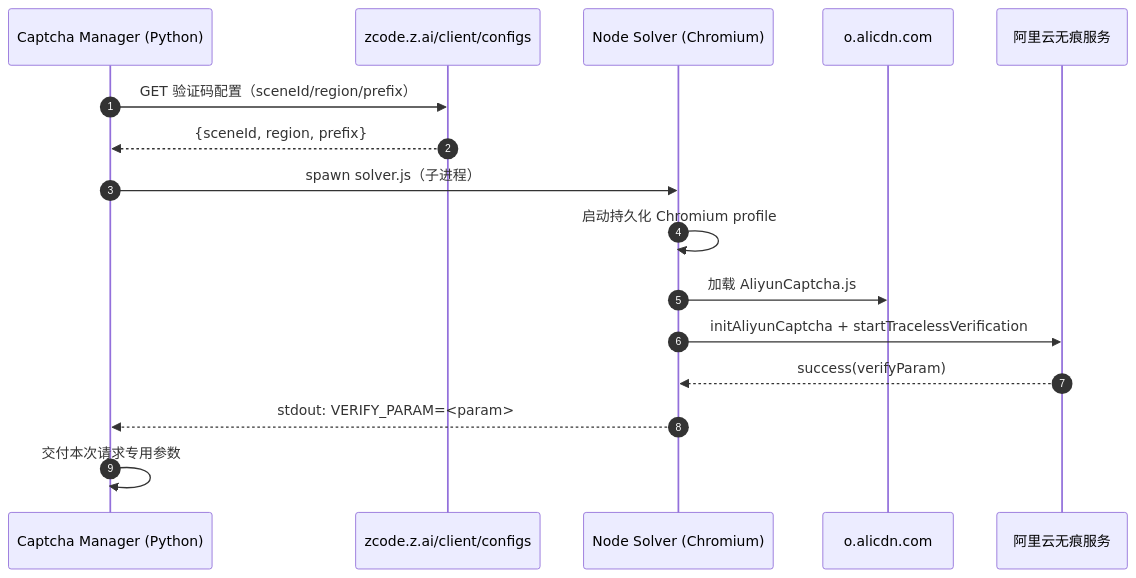
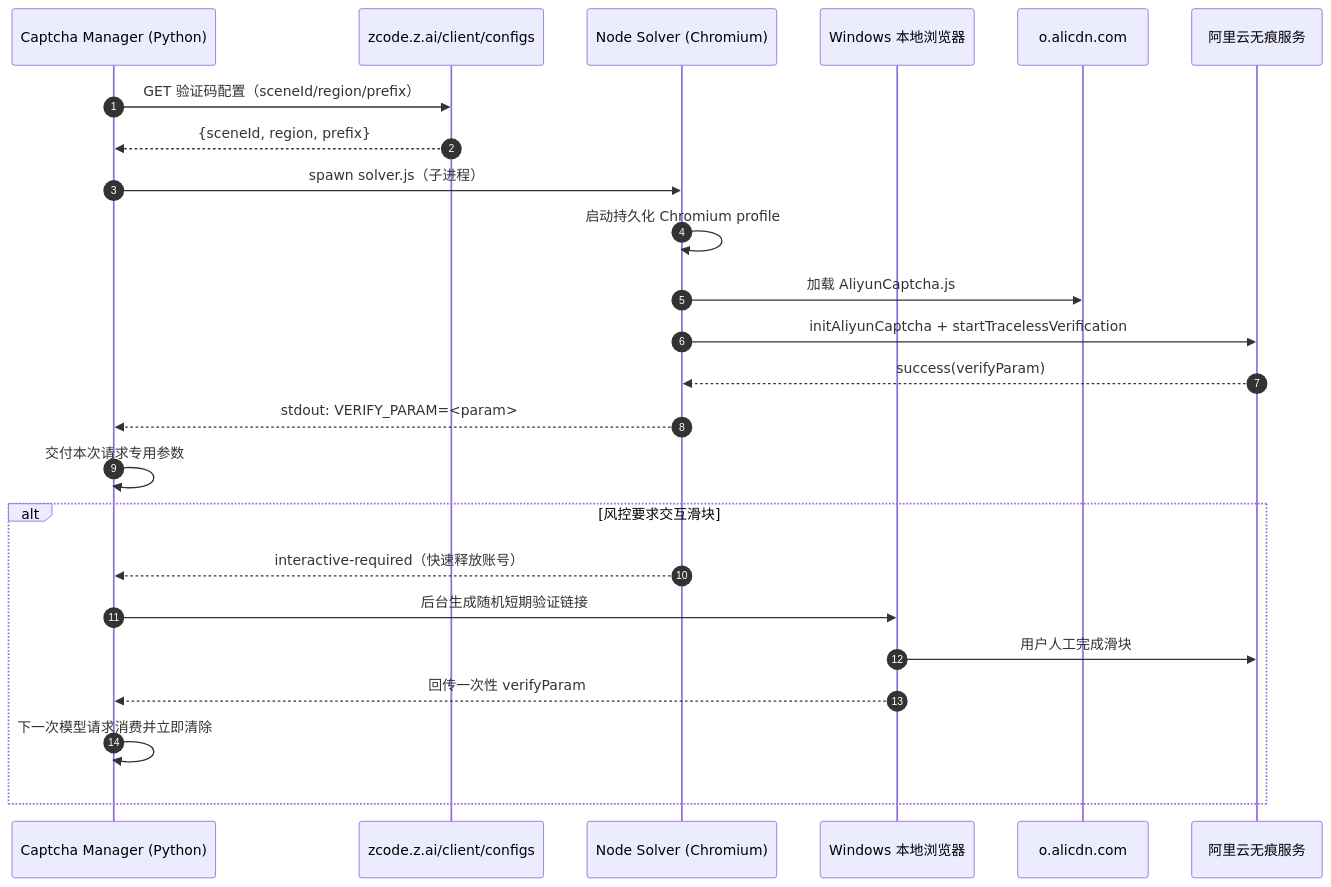
The fourth of 4 diagrams in docs/ARCHITECTURE.md (hechushitaoyuan/zca), drawn with Mermaid before and after one commit. The commit also changed other lines of this file and 17 other files, not shown here.

Commit message:
feat: add local browser captcha flow

````diff
--- a/docs/ARCHITECTURE.md
+++ b/docs/ARCHITECTURE.md
@@ -213,19 +213,27 @@
 ```mermaid
 sequenceDiagram
     autonumber
     participant CM as Captcha Manager (Python)
     participant CFG as zcode.z.ai/client/configs
     participant SV as Node Solver (Chromium)
+    participant WIN as Windows 本地浏览器
     participant CDN as o.alicdn.com
     participant ALI as 阿里云无痕服务
 
     CM->>CFG: GET 验证码配置（sceneId/region/prefix）
     CFG-->>CM: {sceneId, region, prefix}
     CM->>SV: spawn solver.js（子进程）
     SV->>SV: 启动持久化 Chromium profile
     SV->>CDN: 加载 AliyunCaptcha.js
     SV->>ALI: initAliyunCaptcha + startTracelessVerification
     ALI-->>SV: success(verifyParam)
     SV-->>CM: stdout: VERIFY_PARAM=<param>
     CM->>CM: 交付本次请求专用参数
+    alt 风控要求交互滑块
+        SV-->>CM: interactive-required（快速释放账号）
+        CM->>WIN: 后台生成随机短期验证链接
+        WIN->>ALI: 用户人工完成滑块
+        WIN-->>CM: 回传一次性 verifyParam
+        CM->>CM: 下一次模型请求消费并立即清除
+    end
 ```
````
